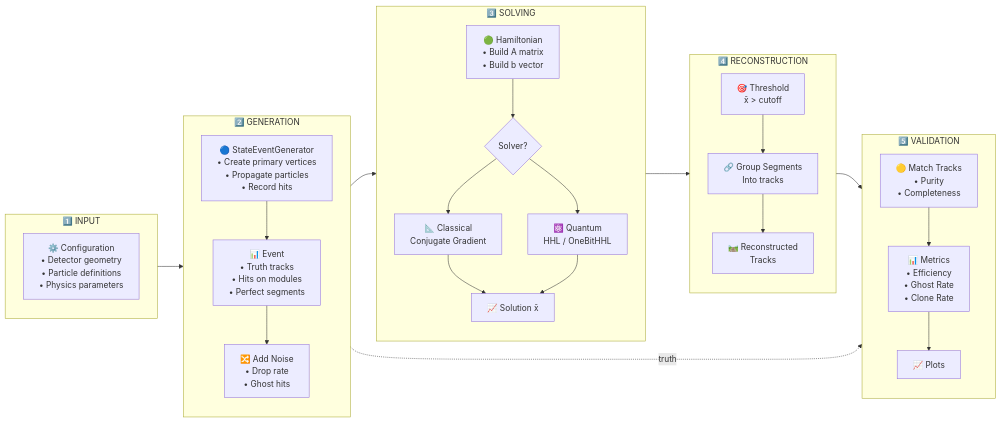
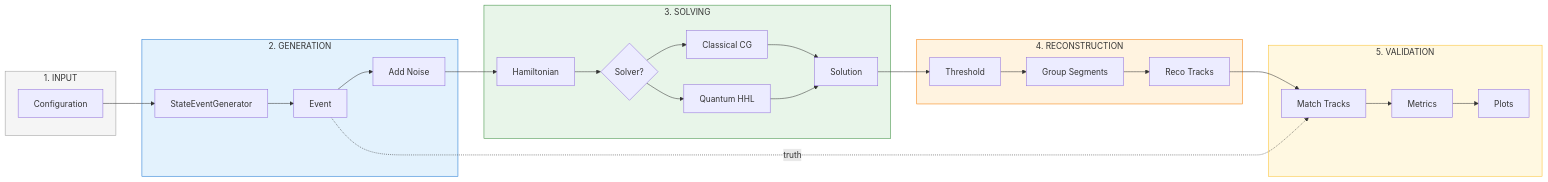
Before and after one commit to GeorgeWilliam1999/LHCb_VeLo_Toy_Model: the second of 4 diagrams in docs/WORKFLOW_OVERVIEW.md, drawn with Mermaid. The commit also changed other lines of this file, not shown here.

Commit message:
Fix Mermaid diagrams in WORKFLOW_OVERVIEW.md - Remove emojis and simplify structure for better rendering

````diff
--- a/docs/WORKFLOW_OVERVIEW.md
+++ b/docs/WORKFLOW_OVERVIEW.md
@@ -99,55 +112,52 @@
 ```mermaid
 flowchart LR
-    subgraph "1️⃣ INPUT"
-        direction TB
-        CONFIG["⚙️ Configuration<br/>• Detector geometry<br/>• Particle definitions<br/>• Physics parameters"]
+    subgraph INPUT["1. INPUT"]
+        CONFIG["Configuration"]
     end
     
-    subgraph "2️⃣ GENERATION"
-        direction TB
-        GEN["🔵 StateEventGenerator<br/>• Create primary vertices<br/>• Propagate particles<br/>• Record hits"]
-        EVT["📊 Event<br/>• Truth tracks<br/>• Hits on modules<br/>• Perfect segments"]
-        NOISE["🔀 Add Noise<br/>• Drop rate<br/>• Ghost hits"]
-        
-        GEN --> EVT --> NOISE
+    subgraph GENERATION["2. GENERATION"]
+        GEN2["StateEventGenerator"]
+        EVT["Event"]
+        NOISE["Add Noise"]
+        GEN2 --> EVT --> NOISE
     end
     
-    subgraph "3️⃣ SOLVING"
-        direction TB
-        HAM["🟢 Hamiltonian<br/>• Build A matrix<br/>• Build b vector"]
+    subgraph SOLVING["3. SOLVING"]
+        HAM["Hamiltonian"]
         SOLVE{"Solver?"}
-        CLASS["📐 Classical<br/>Conjugate Gradient"]
-        QUANT["⚛️ Quantum<br/>HHL / OneBitHHL"]
-        SOLN["📈 Solution x̄"]
-        
+        CLASS["Classical CG"]
+        QUANT["Quantum HHL"]
+        SOLN["Solution"]
         HAM --> SOLVE
         SOLVE --> CLASS
         SOLVE --> QUANT
         CLASS --> SOLN
         QUANT --> SOLN
     end
     
-    subgraph "4️⃣ RECONSTRUCTION"
-        direction TB
-        THRESH["🎯 Threshold<br/>x̄ > cutoff"]
-        GROUP["🔗 Group Segments<br/>Into tracks"]
-        RECO["🛤️ Reconstructed<br/>Tracks"]
-        
+    subgraph RECONSTRUCTION["4. RECONSTRUCTION"]
+        THRESH["Threshold"]
+        GROUP["Group Segments"]
+        RECO["Reco Tracks"]
         THRESH --> GROUP --> RECO
     end
     
-    subgraph "5️⃣ VALIDATION"
-        direction TB
-        MATCH["🟡 Match Tracks<br/>• Purity<br/>• Completeness"]
-        METRICS["📊 Metrics<br/>• Efficiency<br/>• Ghost Rate<br/>• Clone Rate"]
-        PLOTS["📈 Plots"]
-        
+    subgraph VALIDATION["5. VALIDATION"]
+        MATCH["Match Tracks"]
+        METRICS["Metrics"]
+        PLOTS["Plots"]
         MATCH --> METRICS --> PLOTS
     end
     
-    CONFIG --> GEN
+    CONFIG --> GEN2
     NOISE --> HAM
     SOLN --> THRESH
     RECO --> MATCH
-    EVT -.->|"truth"| MATCH
+    EVT -.->|truth| MATCH
+    
+    style INPUT fill:#f5f5f5,stroke:#9e9e9e
+    style GENERATION fill:#e3f2fd,stroke:#1976d2
+    style SOLVING fill:#e8f5e9,stroke:#388e3c
+    style RECONSTRUCTION fill:#fff3e0,stroke:#f57c00
+    style VALIDATION fill:#fff8e1,stroke:#fbc02d
 ```
````
